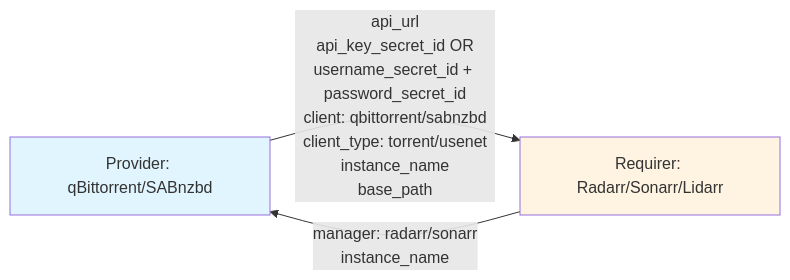
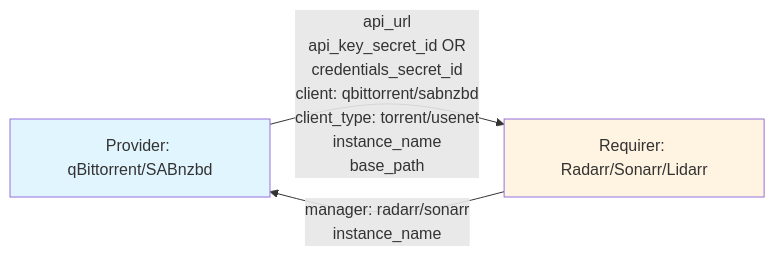
Before and after one commit to charmarr/charmarr-meta: the diagram in adr/interfaces/adr-004-download-client.md, drawn with Mermaid. The commit also changed other lines of this file and 22 other files, not shown here.

````diff
--- a/adr/interfaces/adr-004-download-client.md
+++ b/adr/interfaces/adr-004-download-client.md
@@ -55,11 +55,11 @@
 ```mermaid
 graph LR
     P[Provider: qBittorrent/SABnzbd]
     R[Requirer: Radarr/Sonarr/Lidarr]
-    
-    P -->|api_url<br/>api_key_secret_id OR<br/>username_secret_id + password_secret_id<br/>client: qbittorrent/sabnzbd<br/>client_type: torrent/usenet<br/>instance_name<br/>base_path| R
+
+    P -->|api_url<br/>api_key_secret_id OR<br/>credentials_secret_id<br/>client: qbittorrent/sabnzbd<br/>client_type: torrent/usenet<br/>instance_name<br/>base_path| R
     R -->|manager: radarr/sonarr<br/>instance_name| P
-    
+
     style P fill:#e1f5ff
     style R fill:#fff4e1
 ```
````
